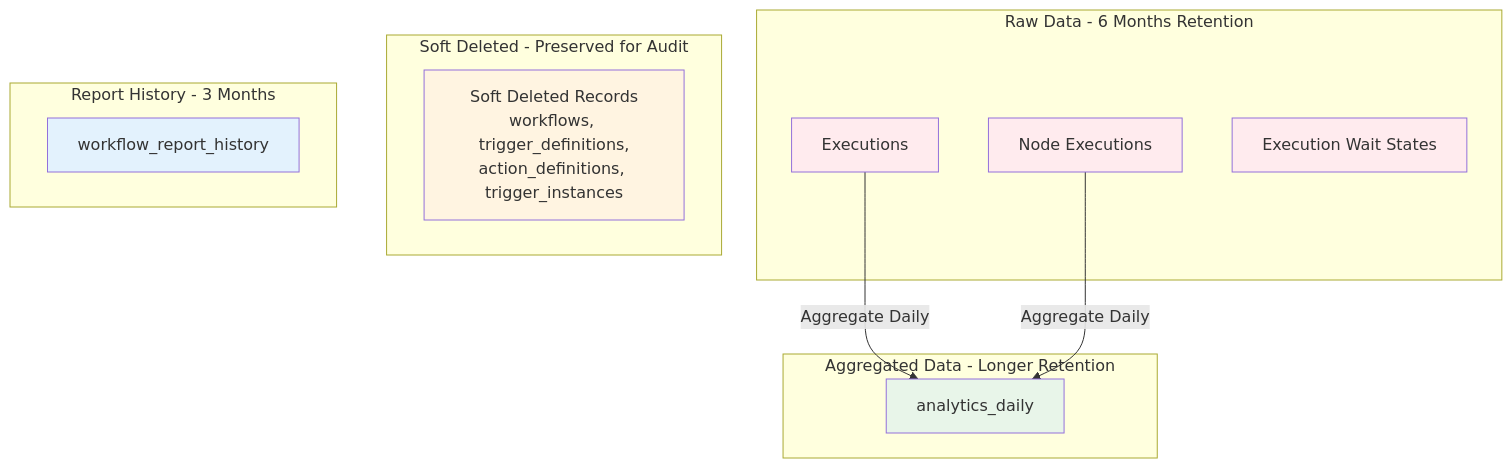
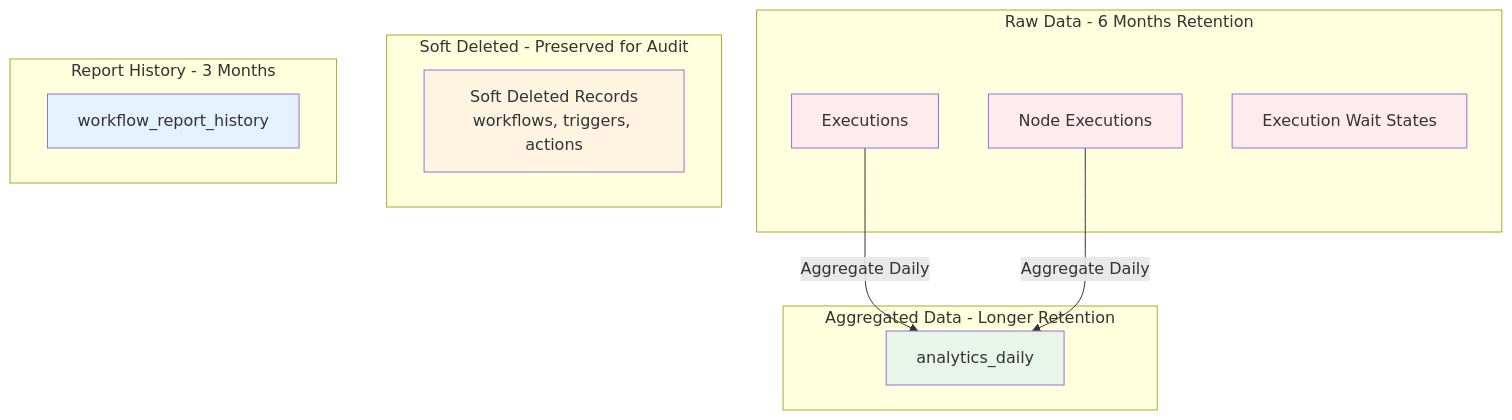
Before and after one commit to Ngoctrong102/workflow: the third of 3 diagrams in docs/database-schema/relationships.md, drawn with Mermaid. The commit also changed other lines of this file and 392 other files, not shown here.

````diff
--- a/docs/database-schema/relationships.md
+++ b/docs/database-schema/relationships.md
@@ -289,30 +290,30 @@
 ```mermaid
 graph TB
     subgraph "Raw Data - 6 Months Retention"
         EXEC[Executions]
         NODES[Node Executions]
         WAIT[Execution Wait States]
     end
     
     subgraph "Aggregated Data - Longer Retention"
         ANALYTICS[analytics_daily]
     end
     
     subgraph "Soft Deleted - Preserved for Audit"
-        SOFT_DEL[Soft Deleted Records<br/>workflows, trigger_definitions,<br/>action_definitions, trigger_instances]
+        SOFT_DEL[Soft Deleted Records<br/>workflows, triggers, actions]
     end
     
     subgraph "Report History - 3 Months"
         REPORTS[workflow_report_history]
     end
     
     EXEC -->|Aggregate Daily| ANALYTICS
     NODES -->|Aggregate Daily| ANALYTICS
     
     style EXEC fill:#ffebee
     style NODES fill:#ffebee
     style WAIT fill:#ffebee
     style ANALYTICS fill:#e8f5e9
     style SOFT_DEL fill:#fff4e1
     style REPORTS fill:#e3f2fd
 ```
````
